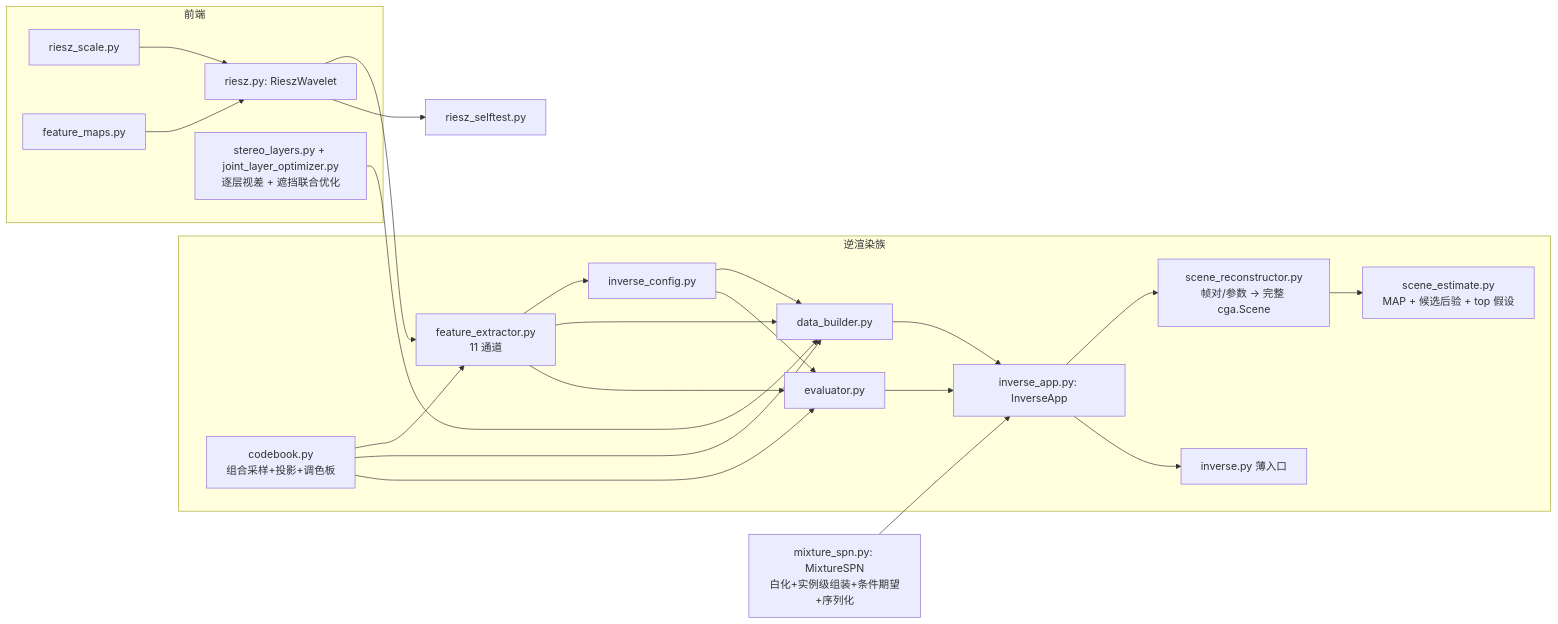
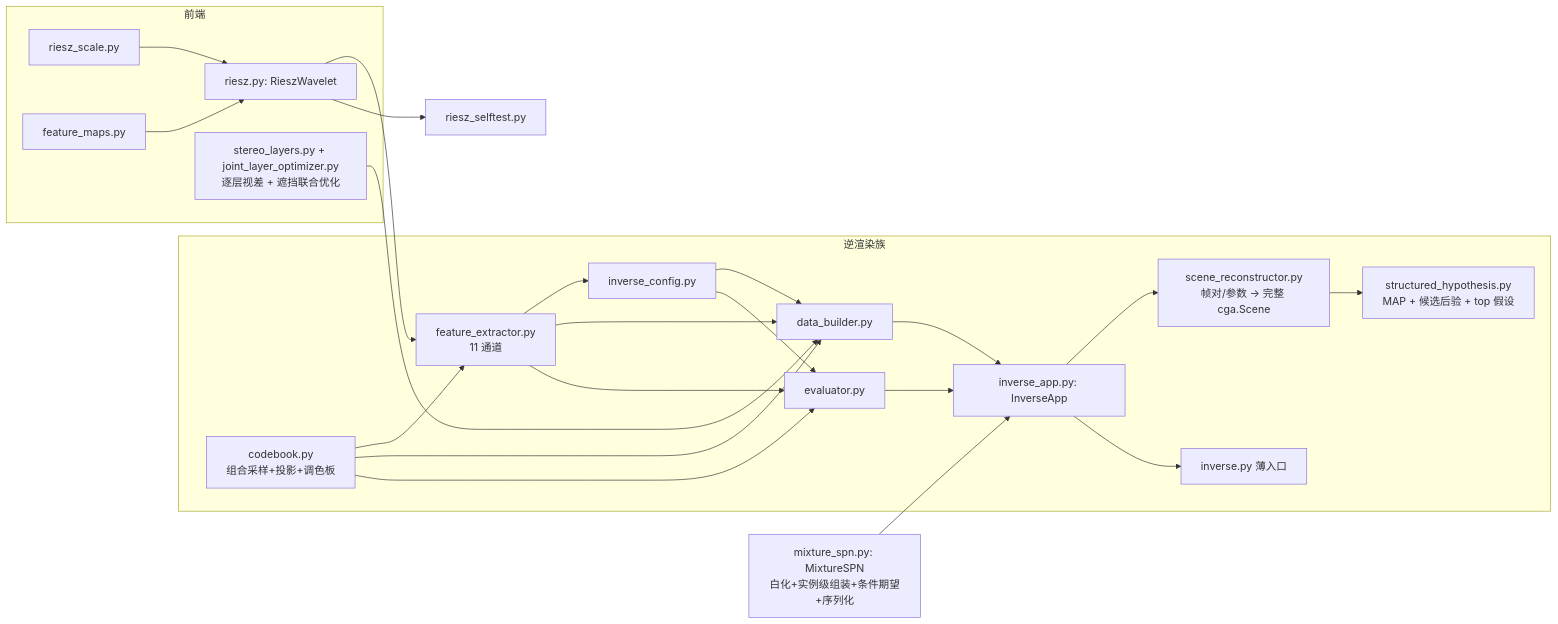
The fourth of 5 diagrams in docs/architecture.md (aki-xavier/conger), drawn with Mermaid before and after one commit. The commit also changed other lines of this file and 17 other files, not shown here.

````diff
--- a/docs/architecture.md
+++ b/docs/architecture.md
@@ -138,18 +138,18 @@
 ```mermaid
 flowchart LR
     subgraph CORE["逆渲染族"]
         CBK["codebook.py<br/>组合采样+投影+调色板"] --> FEX["feature_extractor.py<br/>11 通道"] --> DCFG["inverse_config.py"]
         CBK & FEX & DCFG --> DB["data_builder.py"] & EV["evaluator.py"]
         DB & EV --> APP["inverse_app.py: InverseApp"]
         APP --> REC["scene_reconstructor.py<br/>帧对/参数 → 完整 cga.Scene"]
-        REC --> EST["scene_estimate.py<br/>MAP + 候选后验 + top 假设"]
+        REC --> EST["structured_hypothesis.py<br/>MAP + 候选后验 + top 假设"]
         APP --> ENTRY["inverse.py 薄入口"]
     end
     subgraph FRONT["前端"]
         RS["riesz_scale.py"] & FM["feature_maps.py"] --> RW["riesz.py: RieszWavelet"]
         RW --> FEX
         SL["stereo_layers.py + joint_layer_optimizer.py<br/>逐层视差 + 遮挡联合优化"] --> DB
     end
     MSP["mixture_spn.py: MixtureSPN<br/>白化+实例级组装+条件期望+序列化"] --> APP
     RW --> ST["riesz_selftest.py"]
 ```
````
